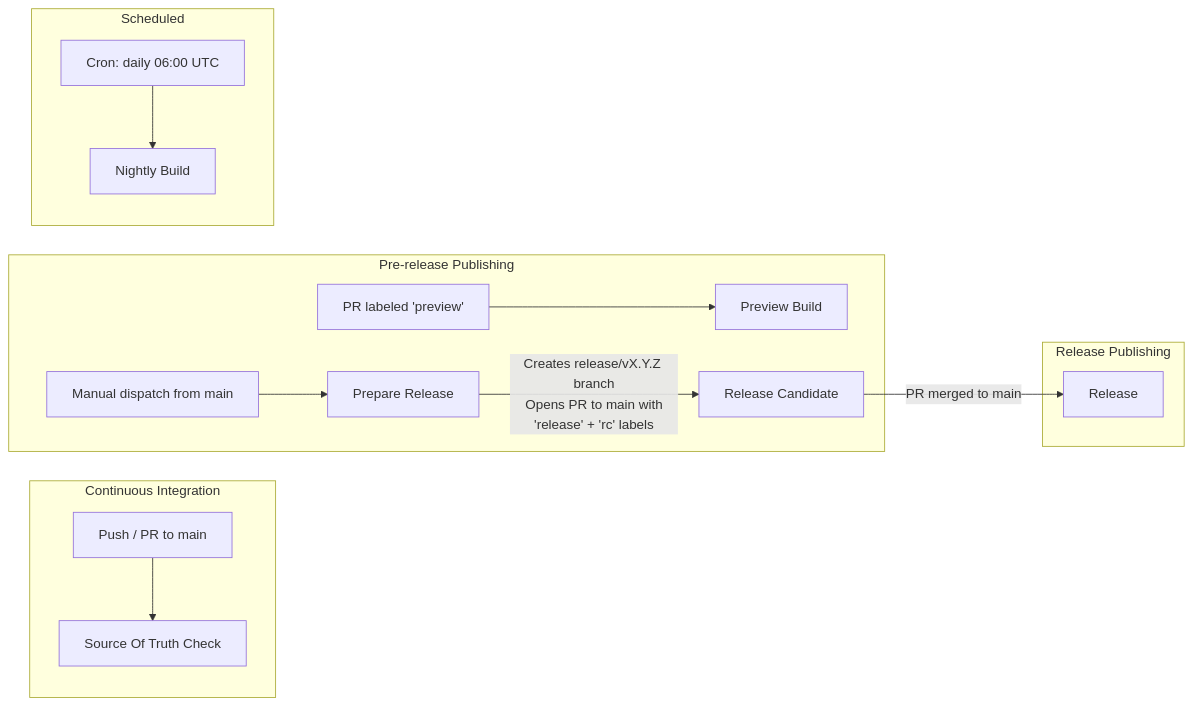
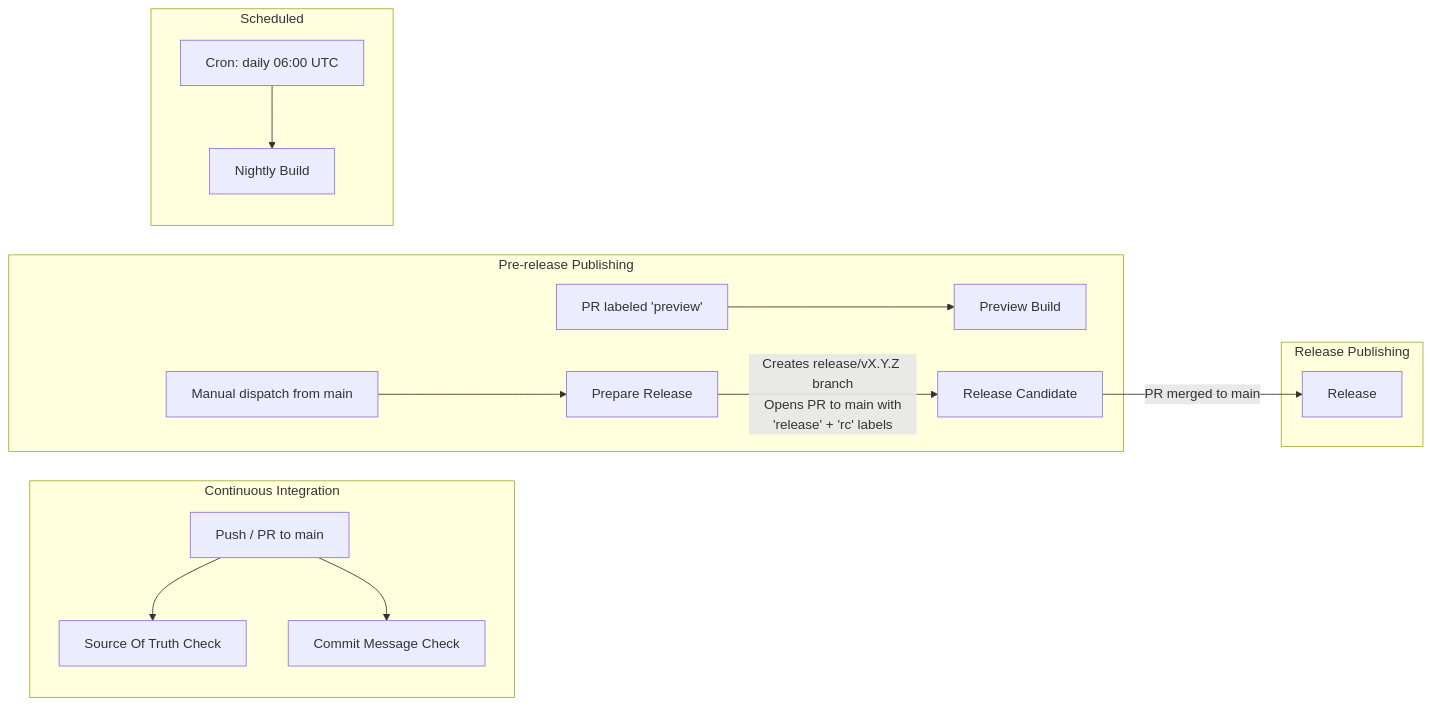
The first of 10 diagrams in docs/cicd.md (josstei/maestro-orchestrate), drawn with Mermaid before and after one commit. The commit also changed other lines of this file and 7 other files, not shown here.

````diff
--- a/docs/cicd.md
+++ b/docs/cicd.md
@@ -9,20 +9,21 @@
 ```mermaid
 graph LR
     subgraph "Continuous Integration"
         A["Push / PR to main"] --> B["Source Of Truth Check"]
+        A --> M["Commit Message Check"]
     end
 
     subgraph "Pre-release Publishing"
         C["PR labeled 'preview'"] --> D["Preview Build"]
         E["Manual dispatch from main"] --> F["Prepare Release"]
         F --> |"Creates release/vX.Y.Z branch<br/>Opens PR to main with<br/>'release' + 'rc' labels"| G["Release Candidate"]
     end
 
     subgraph "Release Publishing"
         G --> |"PR merged to main"| H["Release"]
     end
 
     subgraph "Scheduled"
         J["Cron: daily 06:00 UTC"] --> K["Nightly Build"]
     end
 ```
````
